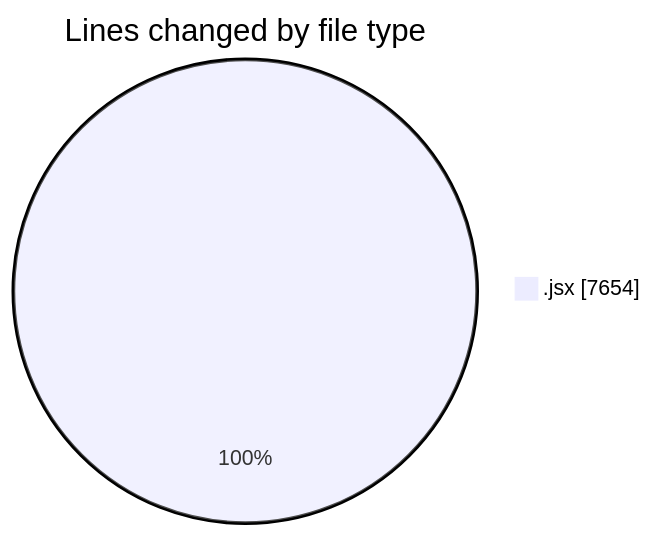
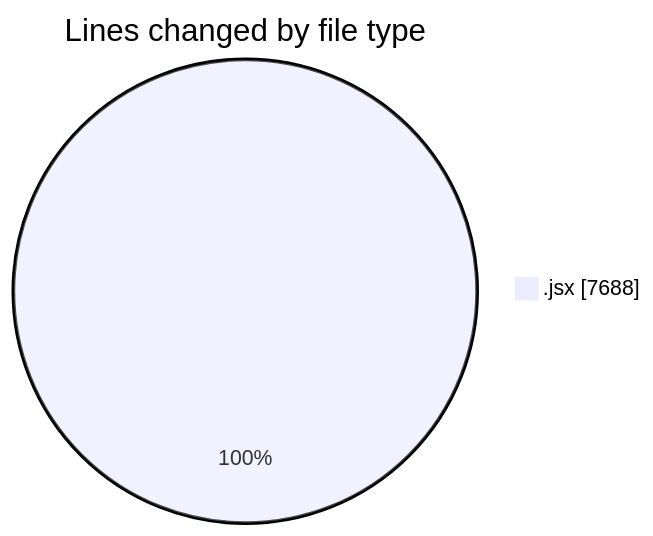
One commit to nxtqubesakshisongat/code-tracking changed the first of 2 diagrams in 2025-09-09/nxtqube_webapp/README.md. Above: the diagram before and after it, drawn with Mermaid. The commit also changed other lines of this file and 1 other file, not shown here.

````diff
--- a/2025-09-09/nxtqube_webapp/README.md
+++ b/2025-09-09/nxtqube_webapp/README.md
@@ -22,5 +22,5 @@
 ```mermaid
 pie showData
 title Lines changed by file type
-".jsx" : 7654
+".jsx" : 7688
 ```
````
